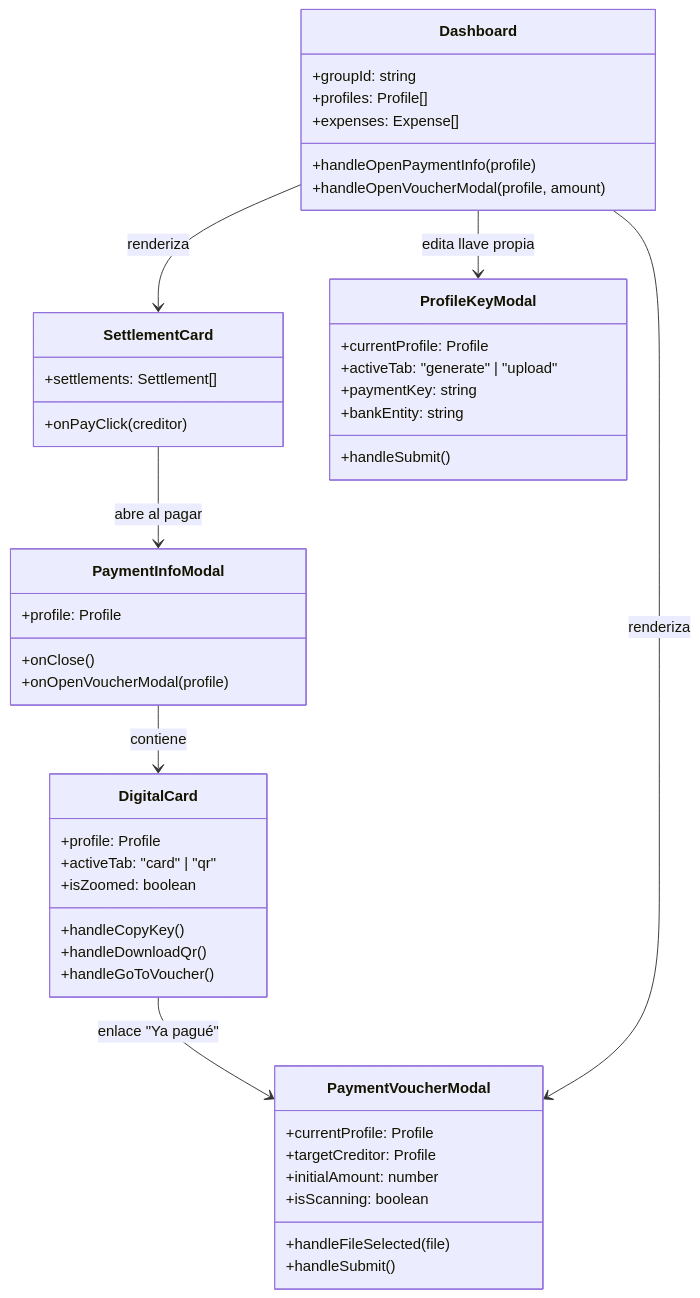
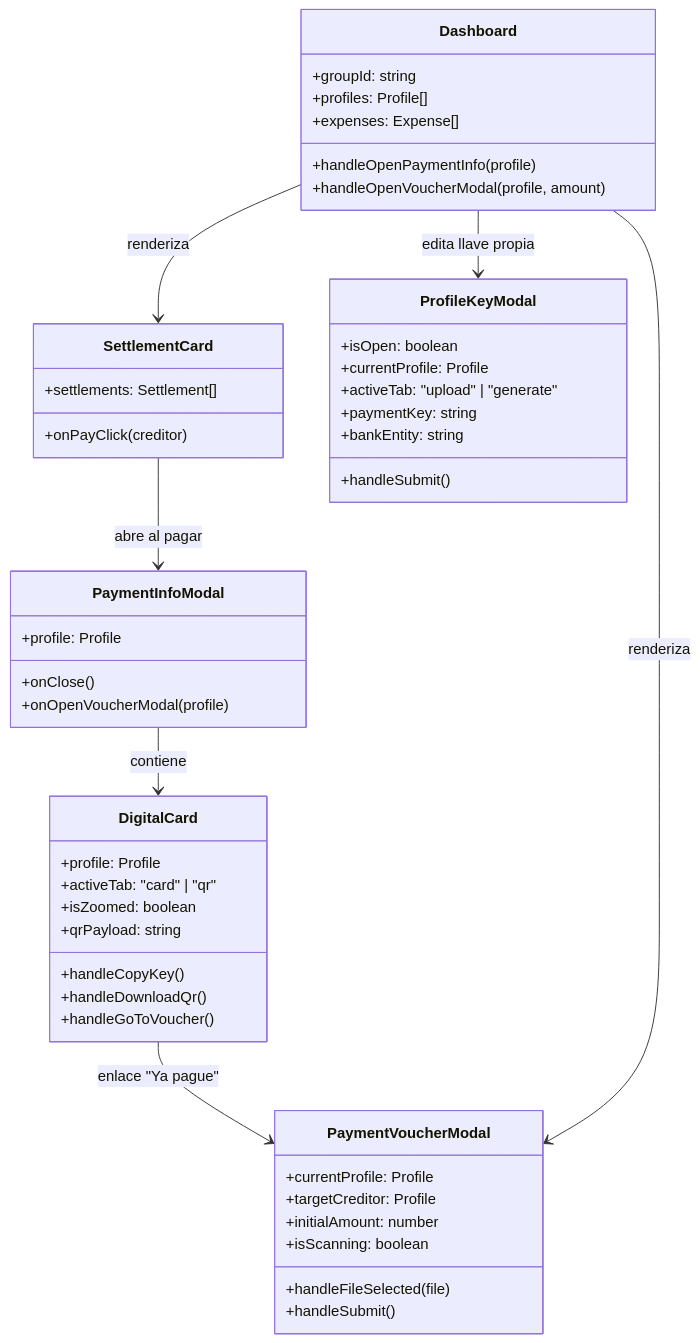
The fourth of 4 diagrams in docs/03_Frontend/Generador-QR-Bre-B.md (SebzSGC/Control-Gastos), drawn with Mermaid before and after one commit. The commit also changed other lines of this file and 16 other files, not shown here.

````diff
--- a/docs/03_Frontend/Generador-QR-Bre-B.md
+++ b/docs/03_Frontend/Generador-QR-Bre-B.md
@@ -169,54 +327,56 @@
 ```mermaid
 classDiagram
     class Dashboard {
         +groupId: string
         +profiles: Profile[]
         +expenses: Expense[]
         +handleOpenPaymentInfo(profile)
         +handleOpenVoucherModal(profile, amount)
     }
 
     class SettlementCard {
         +settlements: Settlement[]
         +onPayClick(creditor)
     }
 
     class PaymentInfoModal {
         +profile: Profile
         +onClose()
         +onOpenVoucherModal(profile)
     }
 
     class DigitalCard {
         +profile: Profile
         +activeTab: "card" | "qr"
         +isZoomed: boolean
+        +qrPayload: string
         +handleCopyKey()
         +handleDownloadQr()
         +handleGoToVoucher()
     }
 
     class ProfileKeyModal {
+        +isOpen: boolean
         +currentProfile: Profile
-        +activeTab: "generate" | "upload"
+        +activeTab: "upload" | "generate"
         +paymentKey: string
         +bankEntity: string
         +handleSubmit()
     }
 
     class PaymentVoucherModal {
         +currentProfile: Profile
         +targetCreditor: Profile
         +initialAmount: number
         +isScanning: boolean
         +handleFileSelected(file)
         +handleSubmit()
     }
 
     Dashboard --> SettlementCard : renderiza
     Dashboard --> ProfileKeyModal : edita llave propia
     SettlementCard --> PaymentInfoModal : abre al pagar
     PaymentInfoModal --> DigitalCard : contiene
-    DigitalCard --> PaymentVoucherModal : enlace "Ya pagué"
+    DigitalCard --> PaymentVoucherModal : enlace "Ya pague"
     Dashboard --> PaymentVoucherModal : renderiza
 ```
````
